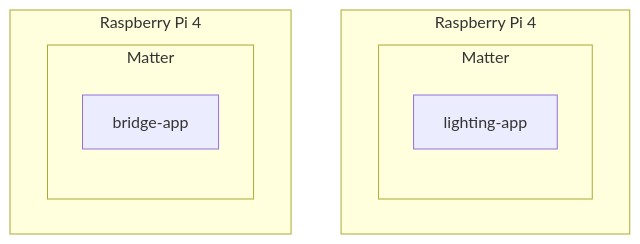
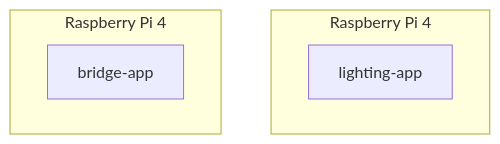
The fourth of 14 diagrams in helper_Matter.md (lankahsu520/HelperX), drawn with Mermaid before and after one commit. The commit also changed other lines of this file and 8 other files, not shown here.

````diff
--- a/helper_Matter.md
+++ b/helper_Matter.md
@@ -273,13 +273,9 @@
 ```mermaid
 flowchart TD
 	subgraph PI4-a[Raspberry Pi 4]
-		subgraph Matter-a[Matter]
-			lighting-app[lighting-app]
-		end
+		lighting-app[lighting-app]
 	end
 	subgraph PI4b[Raspberry Pi 4]
-		subgraph Matter-b[Matter]
-			bridge-app
-		end
+		bridge-app
 	end
 ```
````
